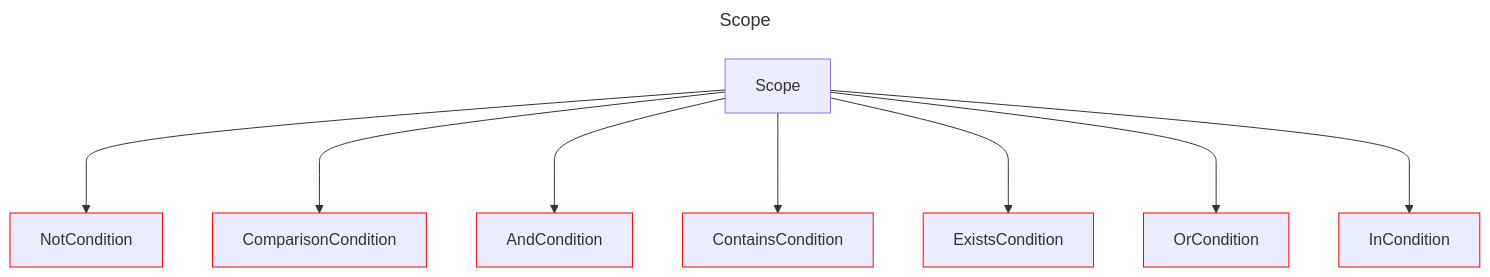
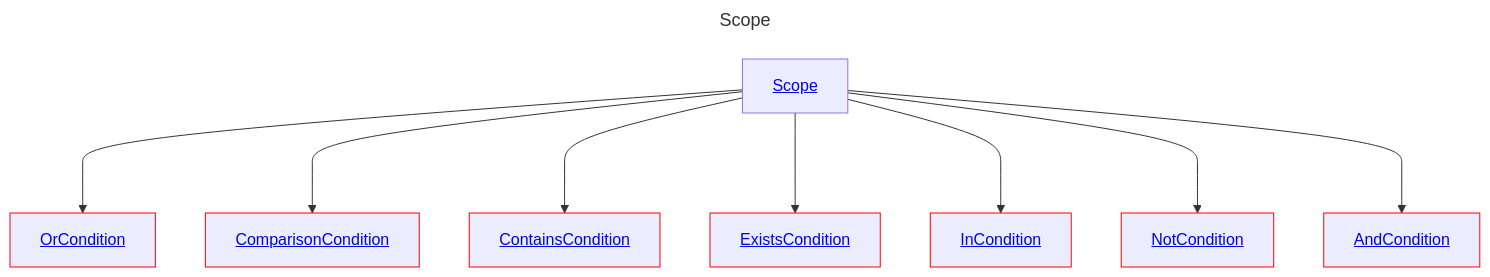
Before and after one commit to douglassimonsen/pbi_core: the diagram in docs/docs/layout/erd/Scope.md, drawn with Mermaid. The commit also changed 76 other files, not shown here.

````diff
--- a/docs/docs/layout/erd/Scope.md
+++ b/docs/docs/layout/erd/Scope.md
@@ -1,28 +1,28 @@
 ```mermaid
 ---
 title: Scope
 ---
 graph 
-2430071874368["ComparisonCondition"]
-style 2430071874368 stroke:#ff0000,stroke-width:1px
-2430071846064["ContainsCondition"]
-style 2430071846064 stroke:#ff0000,stroke-width:1px
-2430071879248["OrCondition"]
-style 2430071879248 stroke:#ff0000,stroke-width:1px
-2430071880224["NotCondition"]
-style 2430071880224 stroke:#ff0000,stroke-width:1px
-2430071960256["Scope"]
-2430071878272["ExistsCondition"]
-style 2430071878272 stroke:#ff0000,stroke-width:1px
-2430071854848["InCondition"]
-style 2430071854848 stroke:#ff0000,stroke-width:1px
-2430071876320["AndCondition"]
-style 2430071876320 stroke:#ff0000,stroke-width:1px
-2430071960256 ---> 2430071880224
-2430071960256 ---> 2430071874368
-2430071960256 ---> 2430071876320
-2430071960256 ---> 2430071846064
-2430071960256 ---> 2430071878272
-2430071960256 ---> 2430071879248
-2430071960256 ---> 2430071854848
+AndCondition[<a href='/layout/erd/AndCondition'>AndCondition</a>]
+style AndCondition stroke:#ff0000,stroke-width:1px
+ComparisonCondition[<a href='/layout/erd/ComparisonCondition'>ComparisonCondition</a>]
+style ComparisonCondition stroke:#ff0000,stroke-width:1px
+ContainsCondition[<a href='/layout/erd/ContainsCondition'>ContainsCondition</a>]
+style ContainsCondition stroke:#ff0000,stroke-width:1px
+ExistsCondition[<a href='/layout/erd/ExistsCondition'>ExistsCondition</a>]
+style ExistsCondition stroke:#ff0000,stroke-width:1px
+InCondition[<a href='/layout/erd/InCondition'>InCondition</a>]
+style InCondition stroke:#ff0000,stroke-width:1px
+NotCondition[<a href='/layout/erd/NotCondition'>NotCondition</a>]
+style NotCondition stroke:#ff0000,stroke-width:1px
+OrCondition[<a href='/layout/erd/OrCondition'>OrCondition</a>]
+style OrCondition stroke:#ff0000,stroke-width:1px
+Scope[<a href='/layout/erd/Scope'>Scope</a>]
+Scope ---> OrCondition
+Scope ---> ComparisonCondition
+Scope ---> ContainsCondition
+Scope ---> ExistsCondition
+Scope ---> InCondition
+Scope ---> NotCondition
+Scope ---> AndCondition
 ```
````
